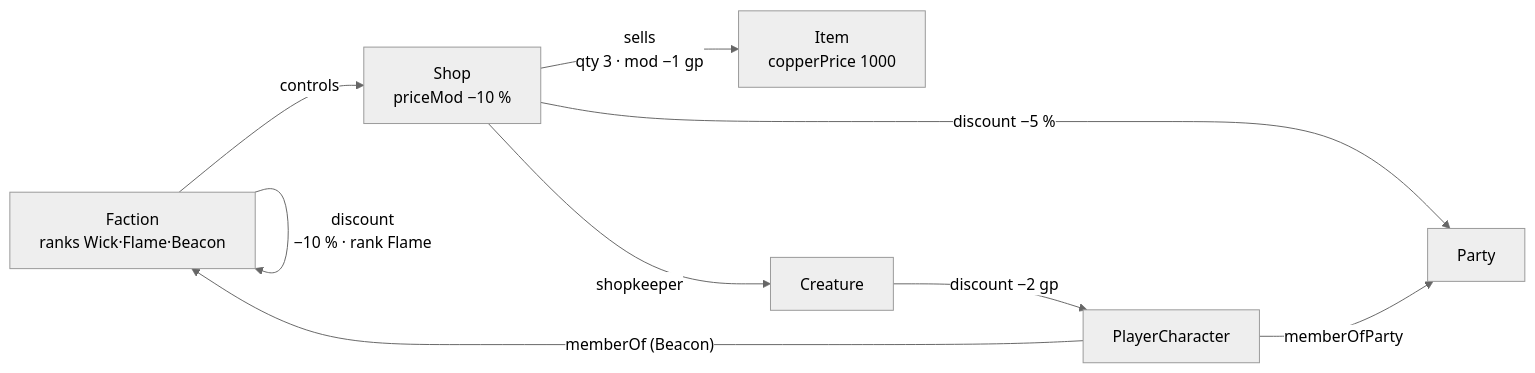
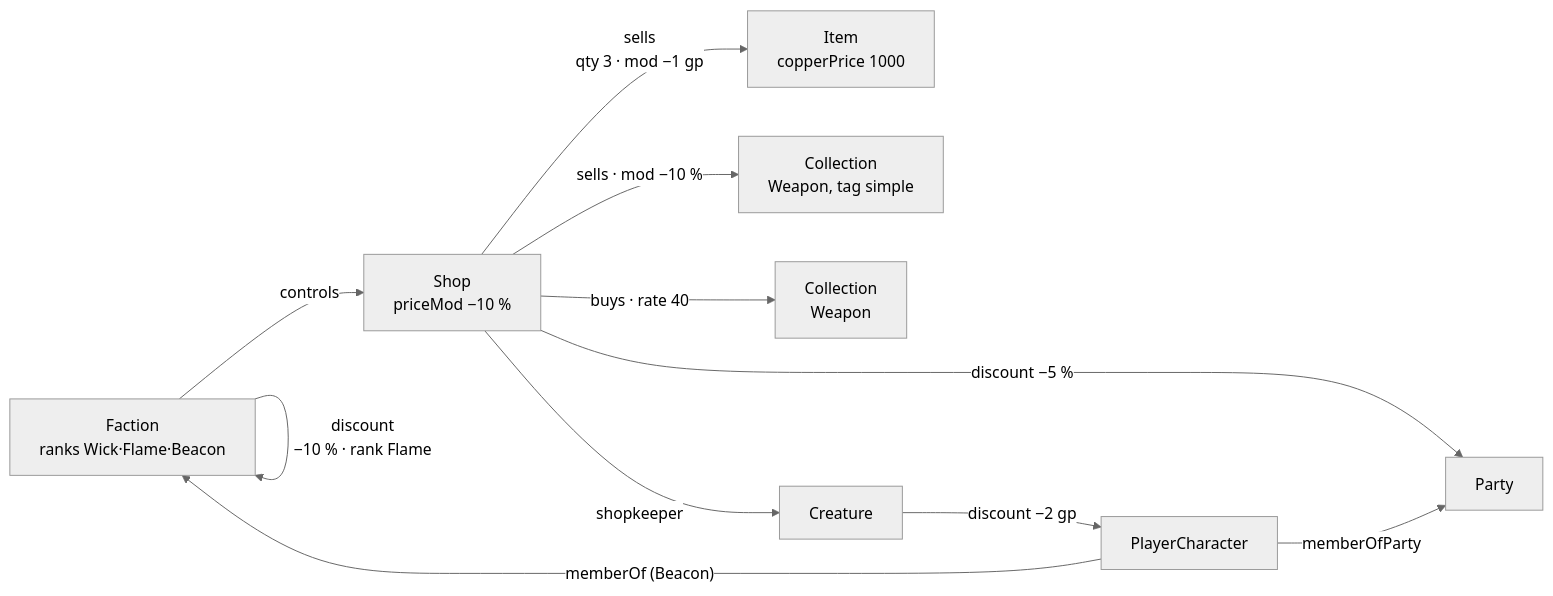
One commit to Mrfudog/Atlas-Mentis changed diagram 19 of 25 in docs/Datenmodell.md. Above: the diagram before and after it, drawn with Mermaid (neutral theme). The commit also changed other lines of this file and 25 other files, not shown here.

````diff
--- a/docs/Datenmodell.md
+++ b/docs/Datenmodell.md
@@ -1576,11 +1596,13 @@
 ```mermaid
 flowchart LR
   F[Faction<br/>ranks Wick·Flame·Beacon] -- controls --> S[Shop<br/>priceMod −10 %]
   S -- "sells<br/>qty 3 · mod −1 gp" --> I[Item<br/>copperPrice 1000]
+  S -- "sells · mod −10 %" --> C[Collection<br/>Weapon, tag simple]
+  S -- "buys · rate 40" --> W[Collection<br/>Weapon]
   S -- shopkeeper --> K[Creature]
   F -- "discount<br/>−10 % · rank Flame" --> F
   K -- "discount −2 gp" --> P[PlayerCharacter]
   S -- "discount −5 %" --> G[Party]
   P -- "memberOf (Beacon)" --> F
   P -- memberOfParty --> G
 ```
````
